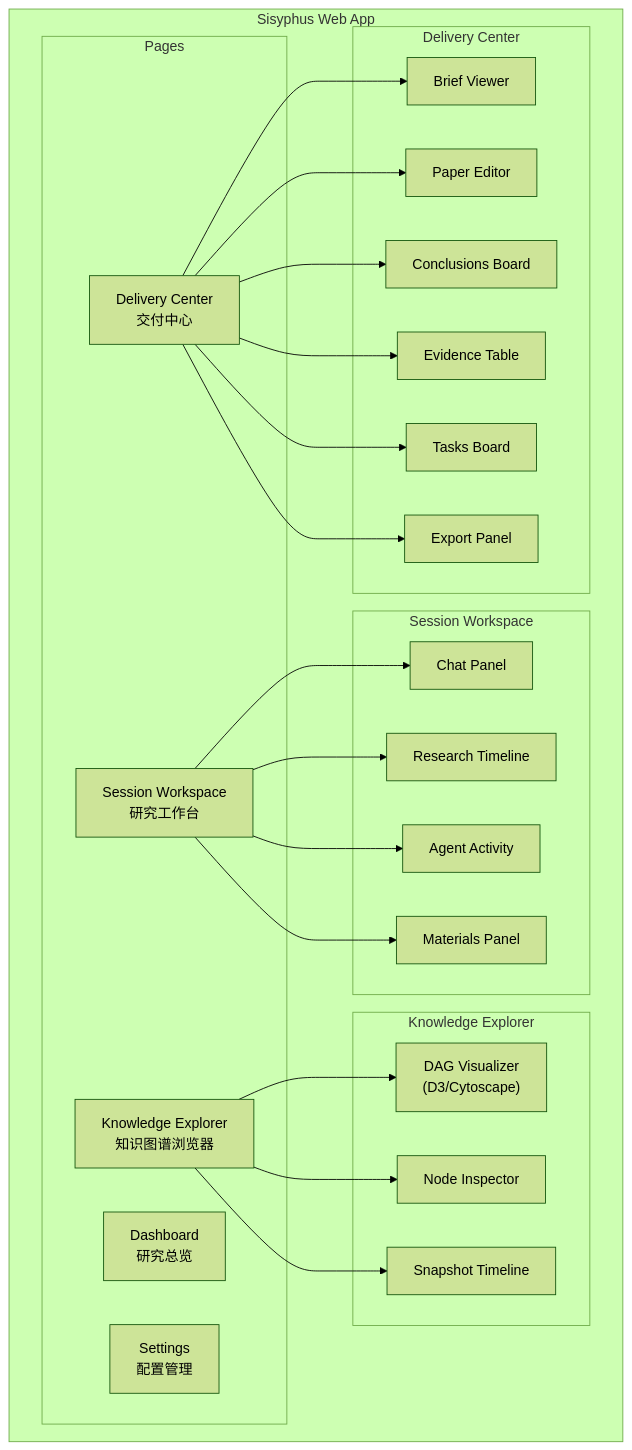
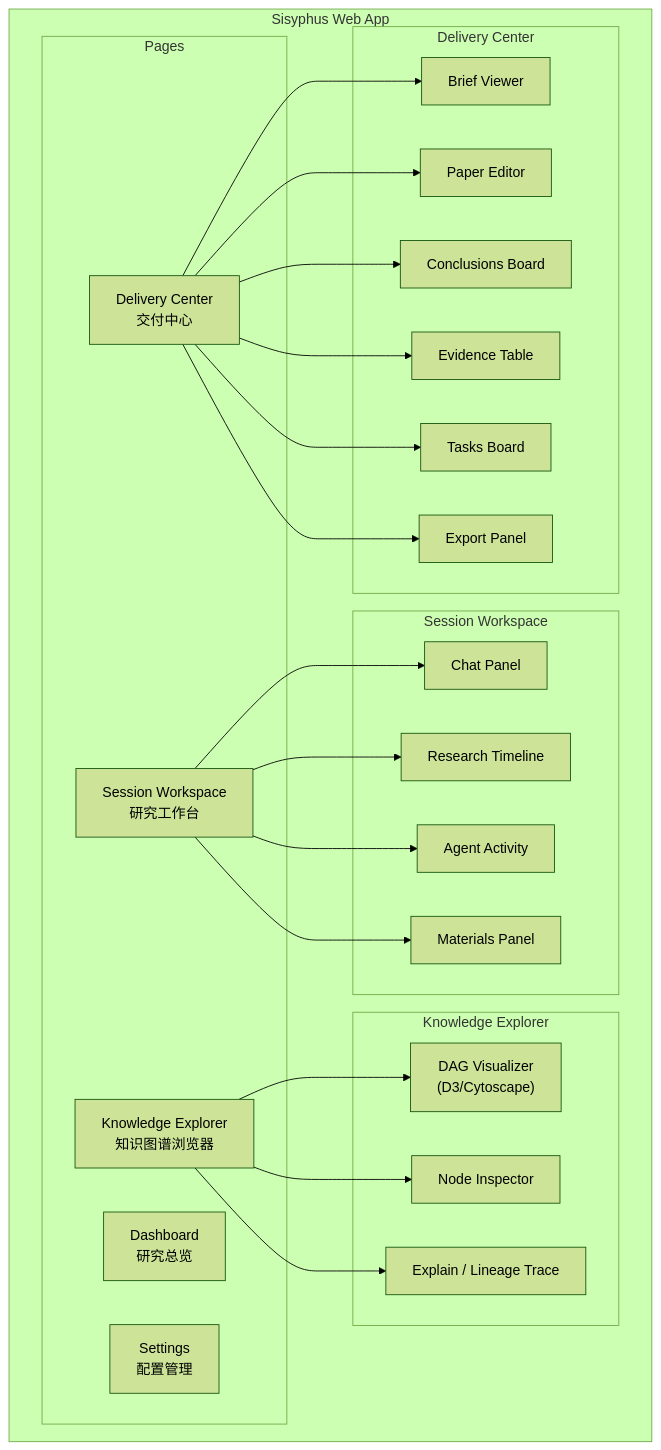
Before and after one commit to aevatarAI/aevatar: the tenth of 14 diagrams in apps/sisyphus/docs/Architecture.md, drawn with Mermaid (forest theme). The commit also changed other lines of this file, not shown here.

Commit message:
Architecture update

````diff
--- a/apps/sisyphus/docs/Architecture.md
+++ b/apps/sisyphus/docs/Architecture.md
@@ -681,38 +882,38 @@
 ```mermaid
 graph TB
     subgraph "Sisyphus Web App"
         subgraph "Pages"
             P1["Dashboard<br/>研究总览"]
             P2["Session Workspace<br/>研究工作台"]
             P3["Knowledge Explorer<br/>知识图谱浏览器"]
             P4["Delivery Center<br/>交付中心"]
             P5["Settings<br/>配置管理"]
         end
 
         subgraph "Session Workspace"
             W1["Chat Panel"]
             W2["Research Timeline"]
             W3["Agent Activity"]
             W4["Materials Panel"]
         end
 
         subgraph "Knowledge Explorer"
             K1["DAG Visualizer<br/>(D3/Cytoscape)"]
             K2["Node Inspector"]
-            K3["Snapshot Timeline"]
+            K3["Explain / Lineage Trace"]
         end
 
         subgraph "Delivery Center"
             D1["Brief Viewer"]
             D2["Paper Editor"]
             D3["Conclusions Board"]
             D4["Evidence Table"]
             D5["Tasks Board"]
             D6["Export Panel"]
         end
     end
 
     P2 --> W1 & W2 & W3 & W4
     P3 --> K1 & K2 & K3
     P4 --> D1 & D2 & D3 & D4 & D5 & D6
 ```
````
